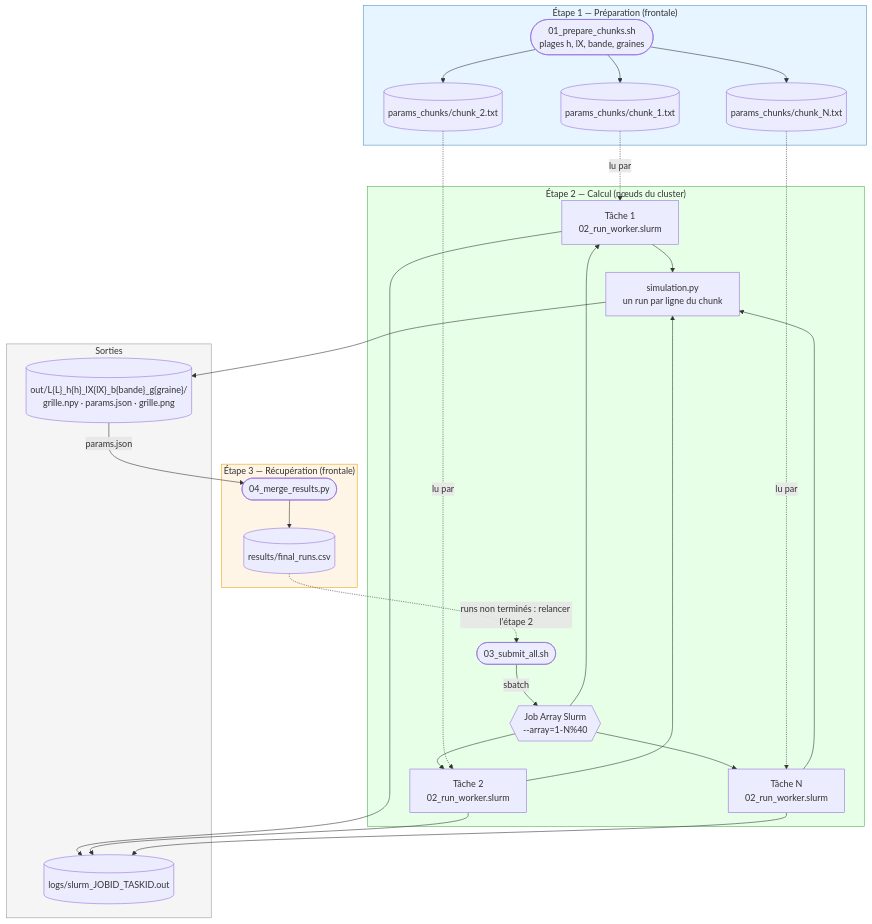
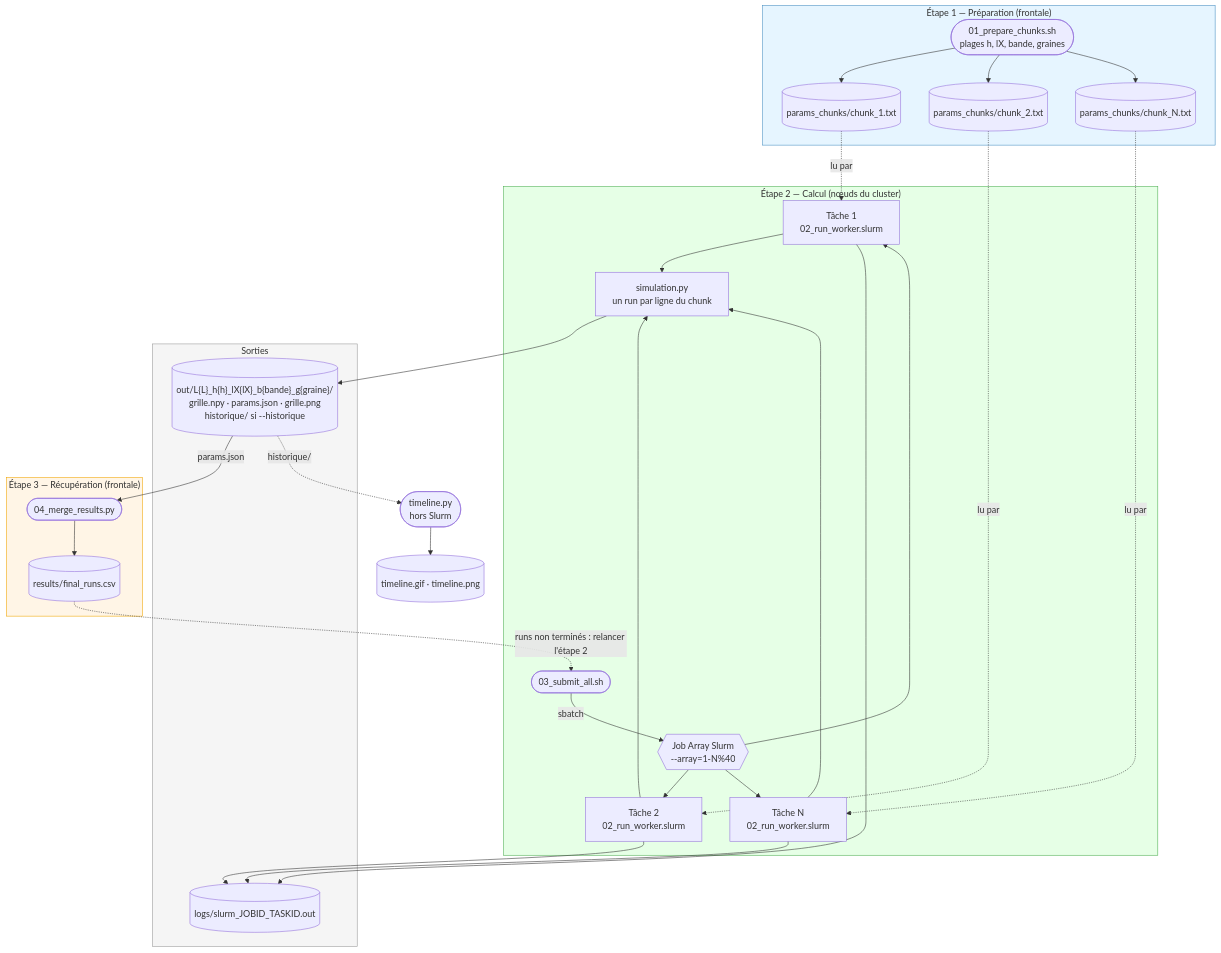
The first of 4 diagrams in slurm_pipeline/doc/architecture.md (Spc-Marcus/BIO-DYN-projet), drawn with Mermaid before and after one commit. The commit also changed other lines of this file and 7 other files, not shown here.

First line of the commit message:
Historique des sauvegardes et timeline d'un run (#2)

````diff
--- a/slurm_pipeline/doc/architecture.md
+++ b/slurm_pipeline/doc/architecture.md
@@ -7,46 +7,48 @@
 ```mermaid
 graph TD
     subgraph Etape1["Étape 1 — Préparation (frontale)"]
         P1(["01_prepare_chunks.sh<br/>plages h, lX, bande, graines"])
         C1[("params_chunks/chunk_1.txt")]
         C2[("params_chunks/chunk_2.txt")]
         CN[("params_chunks/chunk_N.txt")]
         P1 --> C1 & C2 & CN
     end
 
     subgraph Etape2["Étape 2 — Calcul (nœuds du cluster)"]
         S(["03_submit_all.sh"])
         JA{{"Job Array Slurm<br/>--array=1-N%40"}}
         W1["Tâche 1<br/>02_run_worker.slurm"]
         W2["Tâche 2<br/>02_run_worker.slurm"]
         WN["Tâche N<br/>02_run_worker.slurm"]
         SIM["simulation.py<br/>un run par ligne du chunk"]
         S -->|"sbatch"| JA
         JA --> W1 & W2 & WN
         W1 & W2 & WN --> SIM
     end
 
     subgraph Sorties["Sorties"]
-        OUT[("out/L{L}_h{h}_lX{lX}_b{bande}_g{graine}/<br/>grille.npy · params.json · grille.png")]
+        OUT[("out/L{L}_h{h}_lX{lX}_b{bande}_g{graine}/<br/>grille.npy · params.json · grille.png<br/>historique/ si --historique")]
         LOGS[("logs/slurm_JOBID_TASKID.out")]
     end
 
     subgraph Etape3["Étape 3 — Récupération (frontale)"]
         M(["04_merge_results.py"])
         CSV[("results/final_runs.csv")]
         M --> CSV
     end
 
     C1 -.->|"lu par"| W1
     C2 -.->|"lu par"| W2
     CN -.->|"lu par"| WN
     SIM --> OUT
     W1 & W2 & WN --> LOGS
     OUT -->|"params.json"| M
     CSV -.->|"runs non terminés : relancer l'étape 2"| S
+    OUT -.->|"historique/"| TL(["timeline.py<br/>hors Slurm"])
+    TL --> GIF[("timeline.gif · timeline.png")]
 
     style Etape1 fill:#e6f5ff,stroke:#4a90c2
     style Etape2 fill:#e6ffe6,stroke:#4caf50
     style Etape3 fill:#fff5e6,stroke:#f0a500
     style Sorties fill:#f5f5f5,stroke:#999
 ```
````
